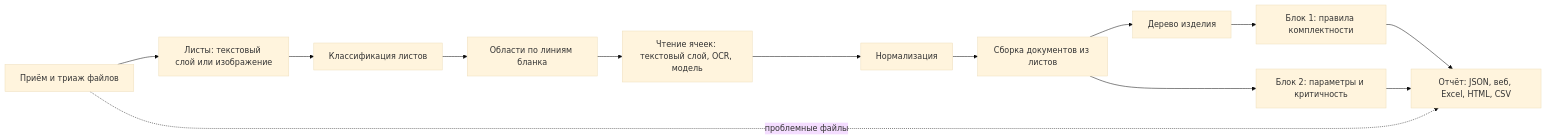
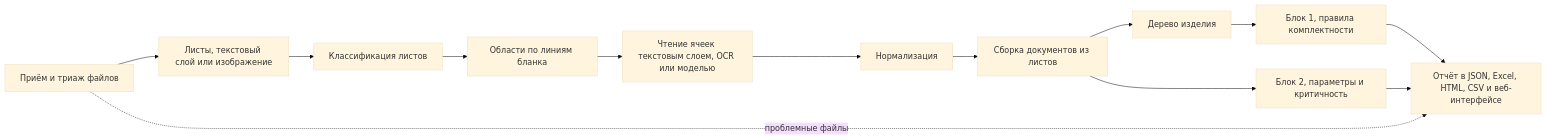
One commit to EkaterinaGrisha/ARM changed the diagram in docs/reports/2026-11-11-interim.md. Above: the diagram before and after it, drawn with Mermaid (base theme). The commit also changed other lines of this file and 4 other files, not shown here.

````diff
--- a/docs/reports/2026-11-11-interim.md
+++ b/docs/reports/2026-11-11-interim.md
@@ -36,15 +38,15 @@
 ```mermaid
 flowchart LR
-    A[Приём и триаж файлов] --> B[Листы: текстовый слой или изображение]
+    A[Приём и триаж файлов] --> B[Листы, текстовый слой или изображение]
     B --> C[Классификация листов]
     C --> D[Области по линиям бланка]
-    D --> E[Чтение ячеек: текстовый слой, OCR, модель]
+    D --> E[Чтение ячеек текстовым слоем, OCR или моделью]
     E --> F[Нормализация]
     F --> G[Сборка документов из листов]
     G --> H[Дерево изделия]
-    H --> I[Блок 1: правила комплектности]
-    G --> J[Блок 2: параметры и критичность]
-    I --> K[Отчёт: JSON, веб, Excel, HTML, CSV]
+    H --> I[Блок 1, правила комплектности]
+    G --> J[Блок 2, параметры и критичность]
+    I --> K[Отчёт в JSON, Excel, HTML, CSV и веб-интерфейсе]
     J --> K
     A -. проблемные файлы .-> K
 ```
````
